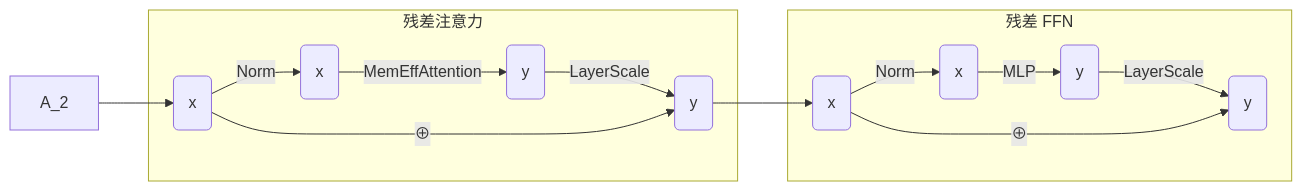
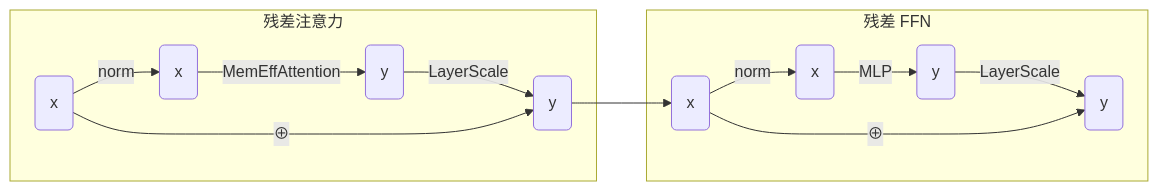
The fifth of 5 diagrams in VGGT/vggt/layers/README.md (lichang-jin/Research_Exercise), drawn with Mermaid before and after one commit. The commit also changed other lines of this file and 4 other files, not shown here.

````diff
--- a/VGGT/vggt/layers/README.md
+++ b/VGGT/vggt/layers/README.md
@@ -143,17 +143,16 @@
 ```mermaid
 flowchart LR
     subgraph A [残差注意力]
-        A1(x) --Norm--> A2(x)
+        A1(x) --norm--> A2(x)
         A2 --MemEffAttention--> A3(y)
         A3 --LayerScale--> A4(y)
         A1 --⊕--> A4
     end
     subgraph B [残差 FFN]
-        B1(x) --Norm--> B2(x)
+        B1(x) --norm--> B2(x)
         B2 --MLP--> B3(y)
         B3 --LayerScale--> B4(y)
         B1 --⊕--> B4
     end
-    A_2 --> A1
     A4 --> B1
 ```
````
